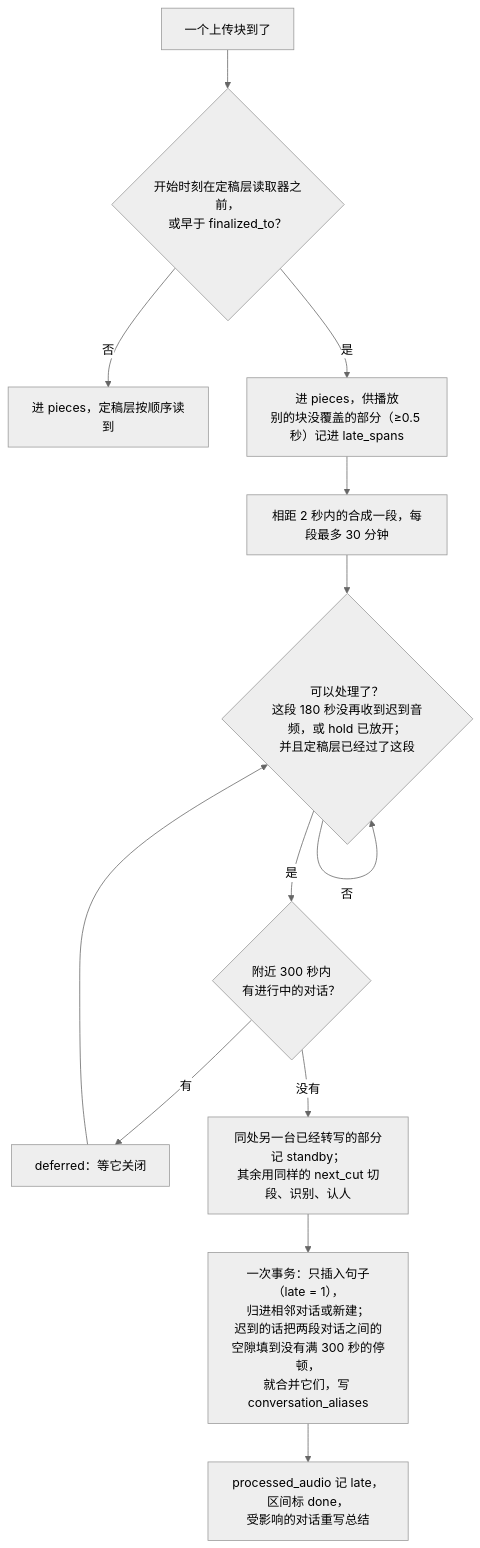
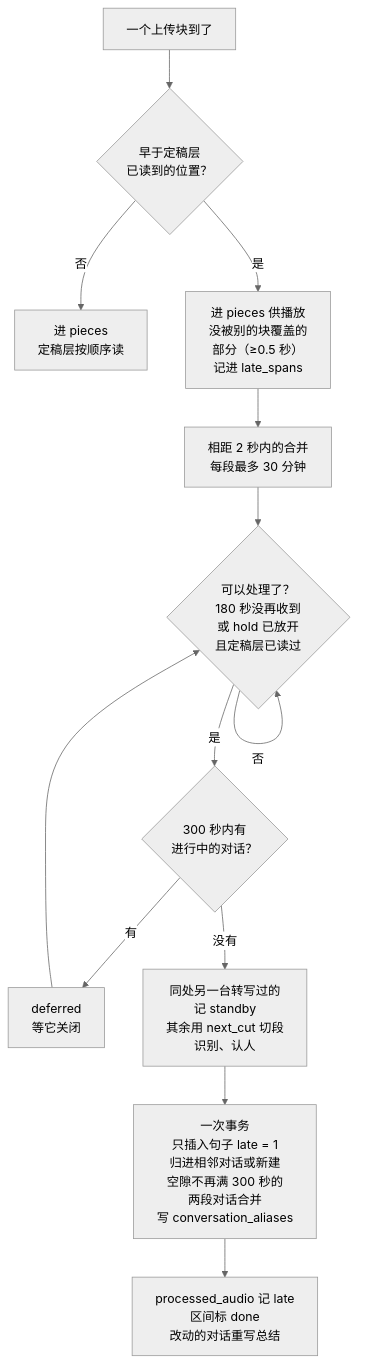
Before and after one commit to suyiiyii/alldayrec: the fifth of 5 diagrams in docs/explanation/domain-model.md, drawn with Mermaid (neutral theme). The commit also changed other lines of this file and 5 other files, not shown here.

Commit message:
[doc] Render mermaid diagrams on the docs site

````diff
--- a/docs/explanation/domain-model.md
+++ b/docs/explanation/domain-model.md
@@ -335,14 +362,14 @@
 ```mermaid
 flowchart TD
-    U["一个上传块到了"] --> L{"开始时刻在定稿层读取器之前，<br/>或早于 finalized_to？"}
-    L -- "否" --> Q["进 pieces，定稿层按顺序读到"]
-    L -- "是" --> N["进 pieces，供播放<br/>别的块没覆盖的部分（≥0.5 秒）记进 late_spans"]
-    N --> J["相距 2 秒内的合成一段，每段最多 30 分钟"]
-    J --> K{"可以处理了？<br/>这段 180 秒没再收到迟到音频，或 hold 已放开；<br/>并且定稿层已经过了这段"}
+    U["一个上传块到了"] --> L{"早于定稿层<br/>已读到的位置？"}
+    L -- "否" --> Q["进 pieces<br/>定稿层按顺序读"]
+    L -- "是" --> N["进 pieces 供播放<br/>没被别的块覆盖的<br/>部分（≥0.5 秒）<br/>记进 late_spans"]
+    N --> J["相距 2 秒内的合并<br/>每段最多 30 分钟"]
+    J --> K{"可以处理了？<br/>180 秒没再收到<br/>或 hold 已放开<br/>且定稿层已读过"}
     K -- "否" --> K
-    K -- "是" --> O{"附近 300 秒内<br/>有进行中的对话？"}
-    O -- "有" --> DF["deferred：等它关闭"] --> K
-    O -- "没有" --> X["同处另一台已经转写的部分记 standby；<br/>其余用同样的 next_cut 切段、识别、认人"]
-    X --> Y["一次事务：只插入句子（late = 1），<br/>归进相邻对话或新建；<br/>迟到的话把两段对话之间的空隙填到没有满 300 秒的停顿，<br/>就合并它们，写 conversation_aliases"]
-    Y --> Z["processed_audio 记 late，区间标 done，<br/>受影响的对话重写总结"]
+    K -- "是" --> O{"300 秒内有<br/>进行中的对话？"}
+    O -- "有" --> DF["deferred<br/>等它关闭"] --> K
+    O -- "没有" --> X["同处另一台转写过的<br/>记 standby<br/>其余用 next_cut 切段<br/>识别、认人"]
+    X --> Y["一次事务<br/>只插入句子 late = 1<br/>归进相邻对话或新建<br/>空隙不再满 300 秒的<br/>两段对话合并<br/>写 conversation_aliases"]
+    Y --> Z["processed_audio 记 late<br/>区间标 done<br/>改动的对话重写总结"]
 ```
````
